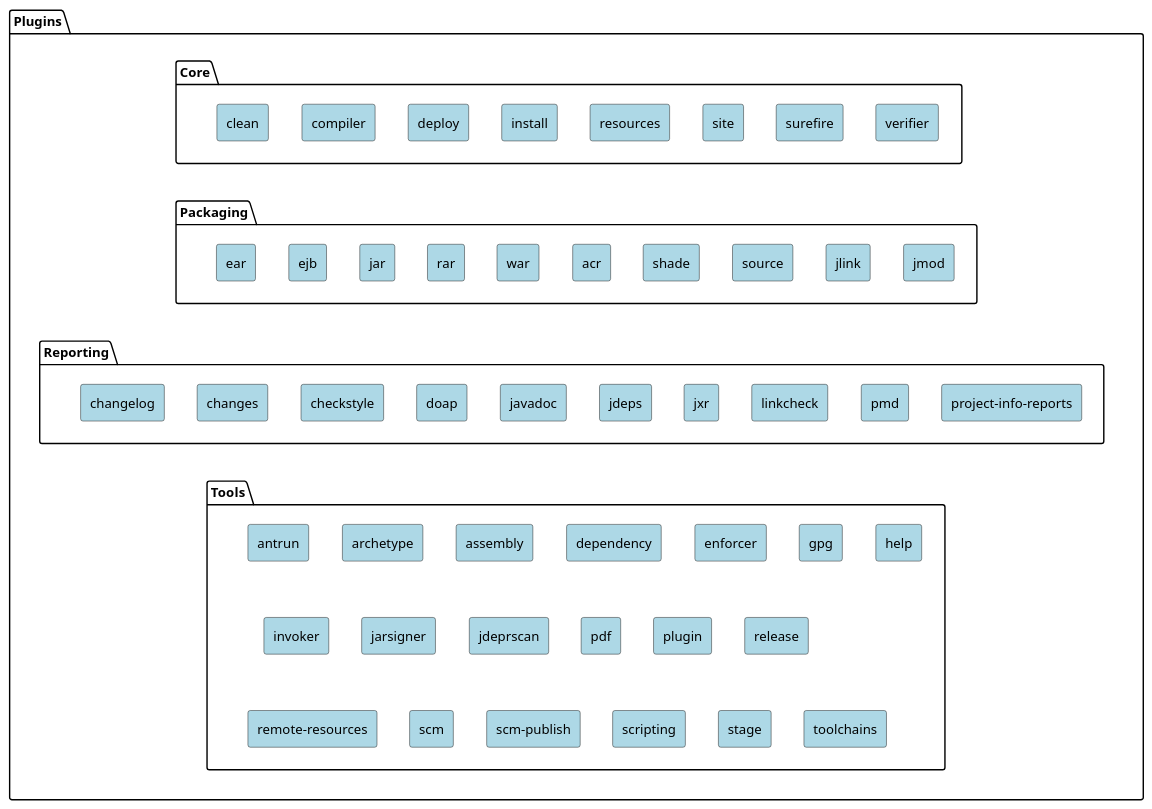
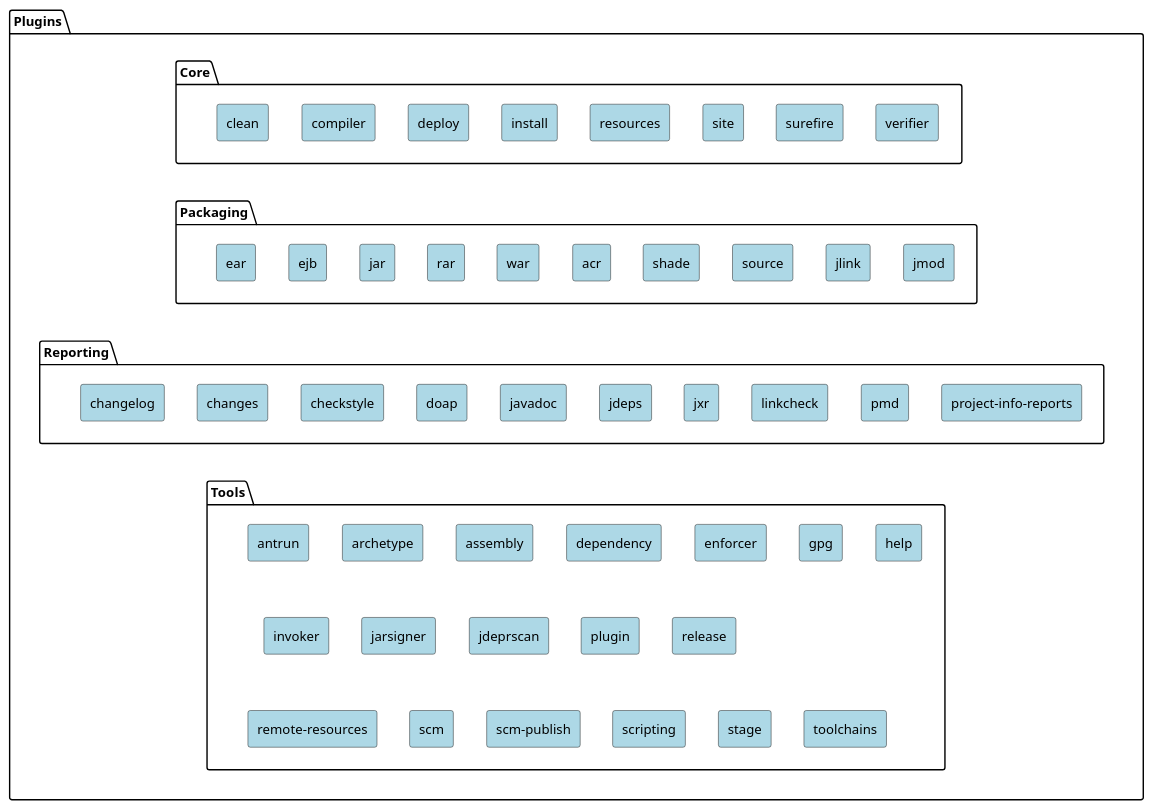
One commit to apache/maven-site changed the diagram in src/plantuml/maven-sources/plugins.puml. Above: the diagram before and after it, drawn with PlantUML. The commit also changed 2 other files, not shown here.

Commit message:
[MPDF-113] Retire PDF Plugin

```diff
--- a/src/plantuml/maven-sources/plugins.puml
+++ b/src/plantuml/maven-sources/plugins.puml
@@ -19,180 +19,177 @@
 @startuml
 
 <style>
     rectangle {
         BackgroundColor LightBlue
     }
 }
 </style>
 
 package Plugins {
 
   package Core {
     rectangle clean
     rectangle compiler
     rectangle deploy
     rectangle install
     rectangle resources
     rectangle site
     rectangle surefire
     rectangle verifier
   }
 
   package Packaging {
     rectangle ear
     rectangle ejb
     rectangle jar
     rectangle rar
     rectangle war
     rectangle acr
     rectangle shade
     rectangle source
     rectangle jlink
     rectangle jmod
   }
 
   package Reporting {
     rectangle changelog
     rectangle changes
     rectangle checkstyle
     rectangle doap
     rectangle javadoc
     rectangle jdeps
     rectangle jxr
     rectangle linkcheck
     rectangle pmd
     rectangle "project-info-reports"
   }
 
   package Tools{
     rectangle antrun
     rectangle archetype
     rectangle assembly
     rectangle dependency
     rectangle enforcer
     rectangle gpg
     rectangle help
     rectangle invoker
     rectangle jarsigner
     rectangle jdeprscan
-    rectangle pdf
     rectangle plugin
     rectangle release
     rectangle "remote-resources"
     rectangle scm
     rectangle "scm-publish"
     rectangle scripting
     rectangle stage
     rectangle toolchains
   }
 }
 
 'hidden dependencies to change layout
 Core      -[hidden]down-> Packaging
 Packaging -[hidden]down-> Reporting
 Packaging -[hidden]down-> Tools
 Reporting -[hidden]down-> Tools
 
 clean     -[hidden]> compiler
 compiler  -[hidden]> deploy
 deploy    -[hidden]> install
 install   -[hidden]> resources
 resources -[hidden]> site
 site      -[hidden]> surefire
 surefire  -[hidden]> verifier
 
 ear       -[hidden]> ejb
 ejb       -[hidden]> jar
 jar       -[hidden]> rar
 rar       -[hidden]> war
 war       -[hidden]> acr
 acr       -[hidden]> shade
 shade     -[hidden]> source
 source    -[hidden]> jlink
 jlink     -[hidden]> jmod
 
 changelog -[hidden]> changes
 changes  -[hidden]> checkstyle
 checkstyle -[hidden]> doap
 doap -[hidden]> javadoc
 javadoc -[hidden]> jdeps
 jdeps -[hidden]> jxr
 jxr  -[hidden]> linkcheck
 linkcheck -[hidden]> pmd
 pmd -[hidden]> "project-info-reports"
 
 antrun -[hidden]> archetype
 archetype -[hidden]> assembly
 assembly -[hidden]> dependency
 dependency -[hidden]> enforcer
 enforcer -[hidden]> gpg
 gpg -[hidden]> help
 
 antrun -[hidden]down->invoker
 invoker -[hidden]> jarsigner
 jarsigner -[hidden]> jdeprscan
-jdeprscan -[hidden]> pdf
-pdf -[hidden]> plugin
+jdeprscan -[hidden]> plugin
 plugin -[hidden]> release
 invoker -[hidden]down->"remote-resources"
 "remote-resources" -[hidden]> scm
 scm -[hidden]> "scm-publish"
 "scm-publish" -[hidden]> scripting
 scripting -[hidden]> stage
 stage -[hidden]> toolchains
 
 
 
 url of clean is [[https://github.com/apache/maven-clean-plugin]]
 url of compiler is [[https://github.com/apache/maven-compiler-plugin]]
 url of deploy is [[https://github.com/apache/maven-deploy-plugin]]
 url of install is [[https://github.com/apache/maven-install-plugin]]
 url of resources is [[https://github.com/apache/maven-resources-plugin]]
 url of site is [[https://github.com/apache/maven-site-plugin]]
 url of surefire is [[https://github.com/apache/maven-surefire]]
 url of verifier is [[https://github.com/apache/maven-verifier-plugin]]
 
 url of ear is [[https://github.com/apache/maven-ear-plugin]]
 url of ejb is [[https://github.com/apache/maven-ejb-plugin]]
 url of jar is [[https://github.com/apache/maven-jar-plugin]]
 url of rar is [[https://github.com/apache/maven-rar-plugin]]
 url of war is [[https://github.com/apache/maven-war-plugin]]
 url of acr is [[https://github.com/apache/maven-acr-plugin]]
 url of shade is [[https://github.com/apache/maven-shade-plugin]]
 url of source is [[https://github.com/apache/maven-source-plugin]]
 url of jlink is [[https://github.com/apache/maven-jlink-plugin]]
 url of jmod is [[https://github.com/apache/maven-jmod-plugin]]
 
 url of changelog is [[https://github.com/apache/maven-changelog-plugin]]
 url of changes is [[https://github.com/apache/maven-changes-plugin]]
 url of checkstyle is [[https://github.com/apache/maven-checkstyle-plugin]]
 url of doap is [[https://github.com/apache/maven-doap-plugin]]
 url of javadoc is [[https://github.com/apache/maven-javadoc-plugin]]
 url of jdeps is [[https://github.com/apache/maven-jdeps-plugin]]
 url of jxr is [[https://github.com/apache/maven-jxr]]
 url of linkcheck is [[https://github.com/apache/maven-linkcheck-plugin]]
 url of pmd is [[https://github.com/apache/maven-pmd-plugin]]
 url of "project-info-reports" is [[https://github.com/apache/maven-project-info-reports-plugin]]
 
 url of antrun is [[https://github.com/apache/maven-antrun-plugin]]
 url of archetype is [[https://github.com/apache/maven-archetype]]
 url of assembly is [[https://github.com/apache/maven-assembly-plugin]]
 url of dependency is [[https://github.com/apache/maven-dependency-plugin]]
 url of enforcer is [[https://github.com/apache/maven-enforcer]]
 url of gpg is [[https://github.com/apache/maven-gpg-plugin]]
 url of help is [[https://github.com/apache/maven-help-plugin]]
 url of invoker is [[https://github.com/apache/maven-invoker-plugin]]
 url of jarsigner is [[https://github.com/apache/maven-jarsigner-plugin]]
 url of jdeprscan is [[https://github.com/apache/maven-jdeprscan-plugin]]
-url of pdf is [[https://github.com/apache/maven-pdf-plugin]]
 url of plugin is [[https://github.com/apache/maven-plugin-tools]]
 url of release is [[https://github.com/apache/maven-release]]
 url of "remote-resources" is [[https://github.com/apache/maven-remote-resources-plugin]]
 url of scm is [[https://github.com/apache/maven-scm]]
 url of "scm-publish" is [[https://github.com/apache/maven-scm-publish-plugin]]
 url of scripting is [[https://github.com/apache/maven-scripting-plugin]]
 url of stage is [[https://github.com/apache/maven-stage-plugin]]
 url of toolchains is [[https://github.com/apache/maven-toolchains-plugin]]
 
 
 @enduml
```
